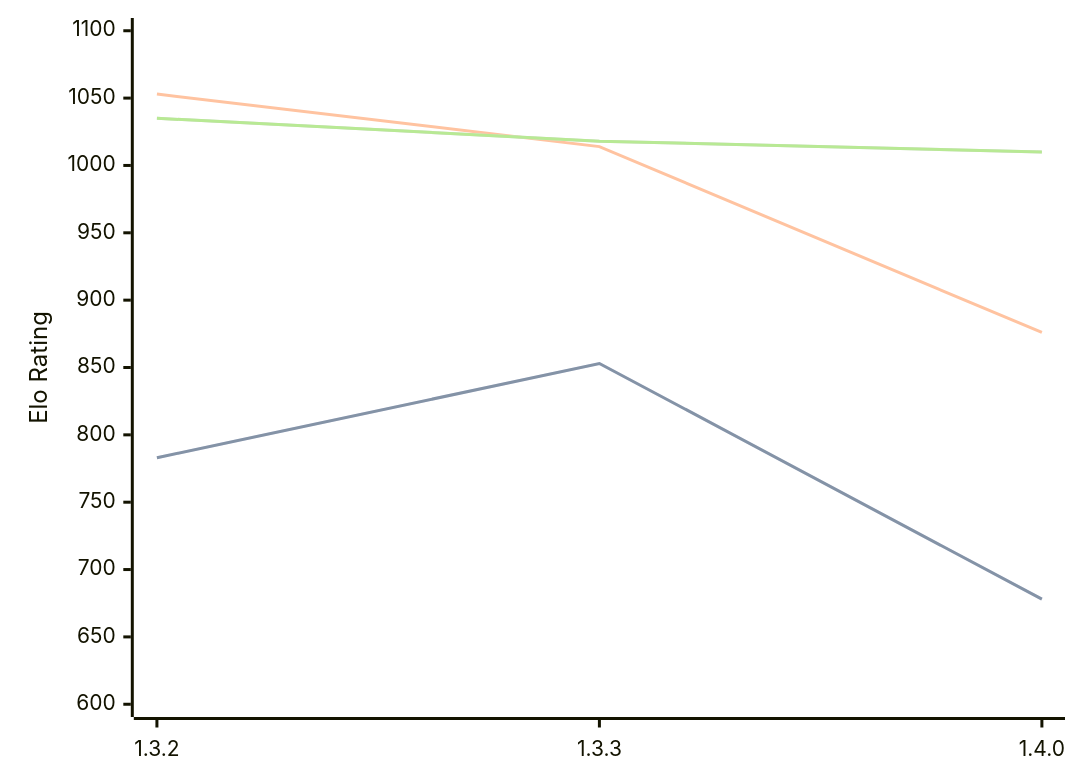
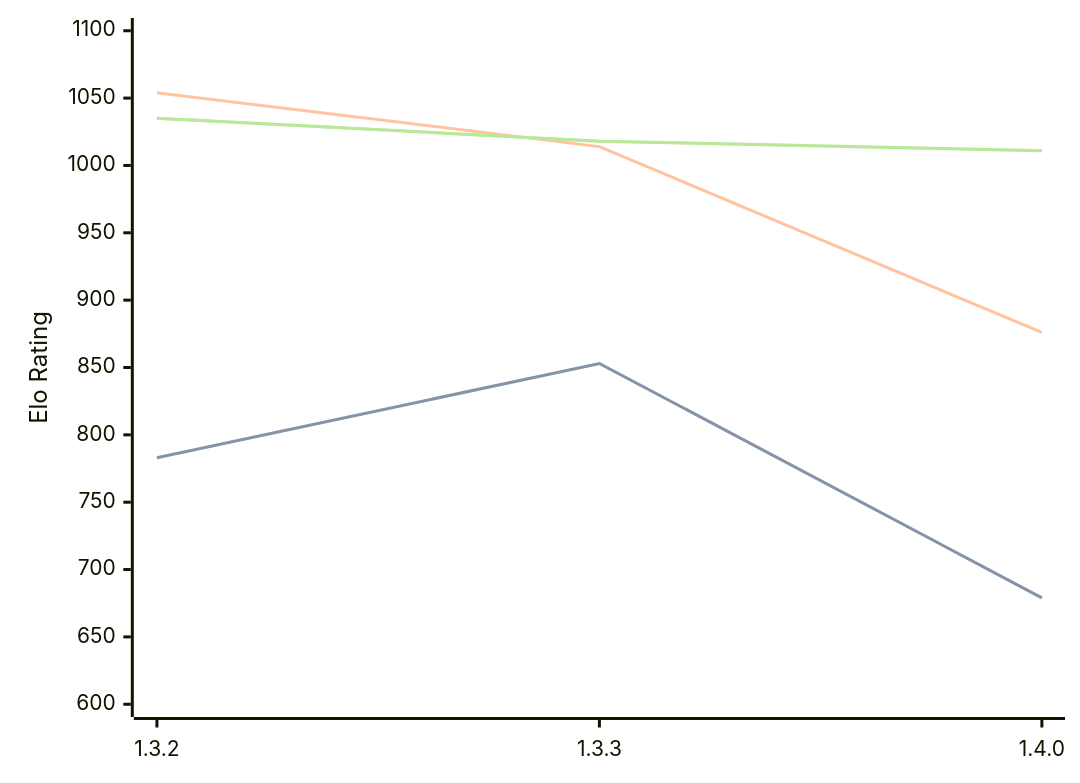
Before and after one commit to computer-chess-index/cci: the diagram in engines/Whitespine.md, drawn with Mermaid. The commit also changed other lines of this file, not shown here.

Commit message:
Update CCI Ratings (ELO VLTC) - 2026-08-06

````diff
--- a/engines/Whitespine.md
+++ b/engines/Whitespine.md
@@ -36,11 +36,11 @@
 ```mermaid
 %%{init: {"theme":"base","themeVariables":{"seriesColors:['#a3a3a3','#222221','#faa371']}}}%%
 xychart-beta
   x-axis ["1.3.2", "1.3.3", "1.4.0"]
   y-axis "Elo Rating" 600 --> 1100
-  line "STC (8.0+0.08s)" [783, 853, 678]
-  line "STC (8.0+0.08s)" [783, 853, 678]
-  line "LTC (60.0+0.60s)" [1053, 1014, 876]
-  line "VLTC (2m24s+1.12s)" [1035, 1018, 1010]
-  line "VLTC (2m24s+1.12s)" [1035, 1018, 1010]
+  line "STC (8.0+0.08s)" [783, 853, 679]
+  line "STC (8.0+0.08s)" [783, 853, 679]
+  line "LTC (60.0+0.60s)" [1054, 1014, 876]
+  line "VLTC (2m24s+1.12s)" [1035, 1018, 1011]
+  line "VLTC (2m24s+1.12s)" [1035, 1018, 1011]
 ```
````
